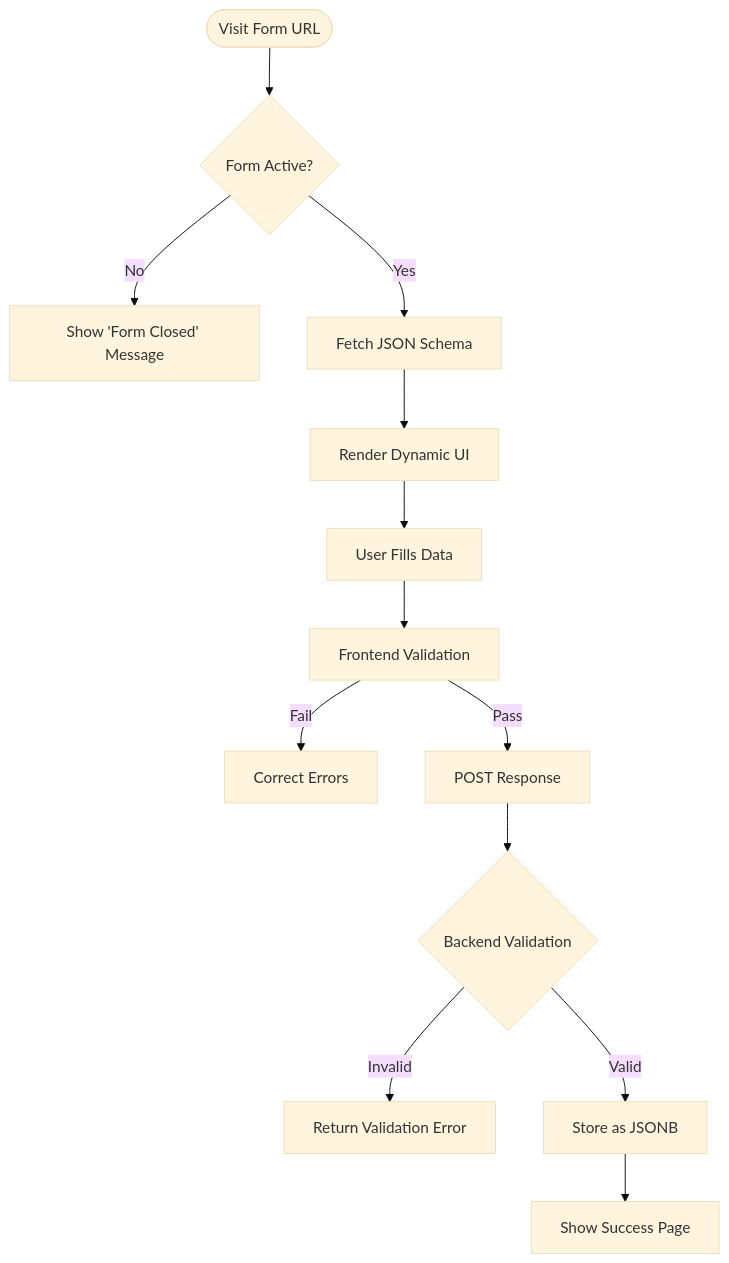
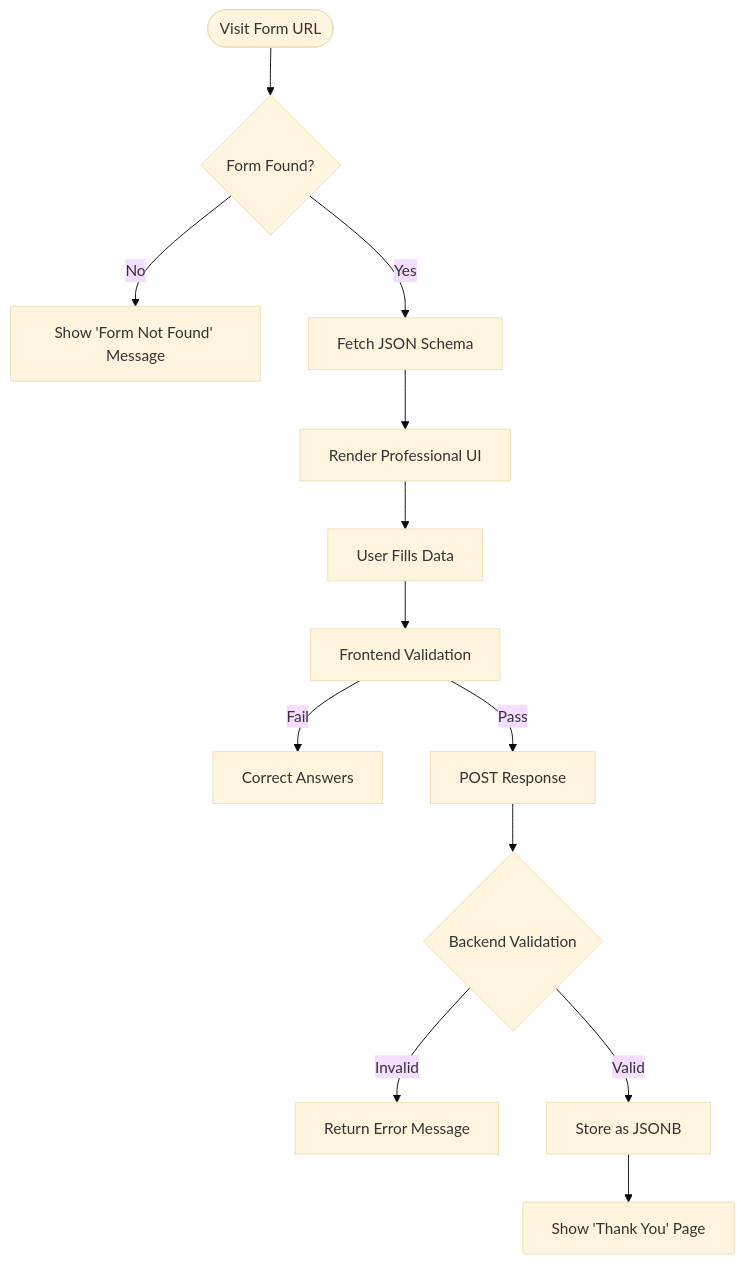
The sixth of 6 diagrams in docs/Architecture.md (bluepal-ashok-patcha/FormCraft), drawn with Mermaid (base theme) before and after one commit. The commit also changed other lines of this file and 16 other files, not shown here.

````diff
--- a/docs/Architecture.md
+++ b/docs/Architecture.md
@@ -170,15 +183,15 @@
 ```mermaid
 flowchart TD
-    Visit([Visit Form URL]) --> Check{Form Active?}
-    Check -- No --> 404[Show 'Form Closed' Message]
+    Visit([Visit Form URL]) --> Check{Form Found?}
+    Check -- No --> 404[Show 'Form Not Found' Message]
     Check -- Yes --> Load[Fetch JSON Schema]
-    Load --> Render[Render Dynamic UI]
+    Load --> Render[Render Professional UI]
     Render --> Fill[User Fills Data]
     Fill --> FVal[Frontend Validation]
-    FVal -->|Fail| Fix[Correct Errors]
+    FVal -->|Fail| Fix[Correct Answers]
     FVal -->|Pass| Submit[POST Response]
     Submit --> BVal{Backend Validation}
-    BVal -- Invalid --> Error[Return Validation Error]
+    BVal -- Invalid --> Error[Return Error Message]
     BVal -- Valid --> Store[Store as JSONB]
-    Store --> Success[Show Success Page]
+    Store --> Success[Show 'Thank You' Page]
 ```
````
